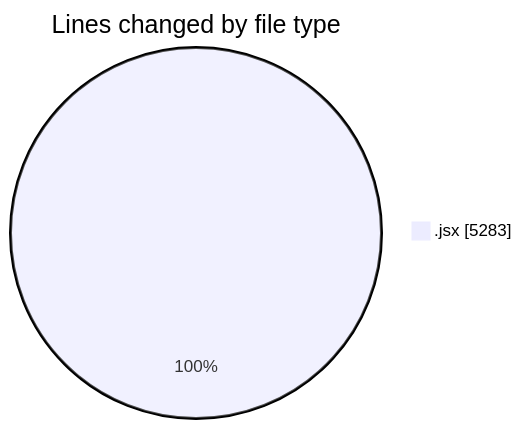
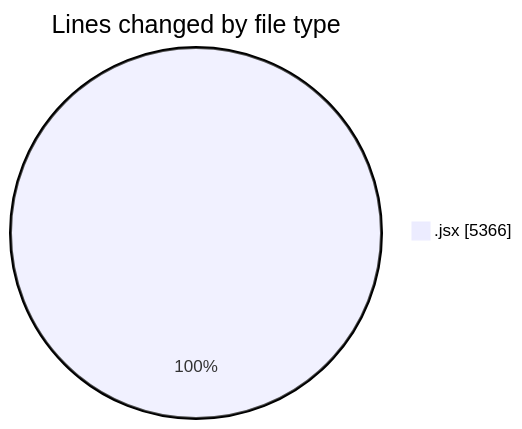
One commit to nxtqubesakshisongat/code-tracking changed the first of 2 diagrams in 2025-05-26/nxtqube_webapp/README.md. Above: the diagram before and after it, drawn with Mermaid. The commit also changed other lines of this file and 1 other file, not shown here.

````diff
--- a/2025-05-26/nxtqube_webapp/README.md
+++ b/2025-05-26/nxtqube_webapp/README.md
@@ -22,5 +22,5 @@
 ```mermaid
 pie showData
 title Lines changed by file type
-".jsx" : 5283
+".jsx" : 5366
 ```
````
